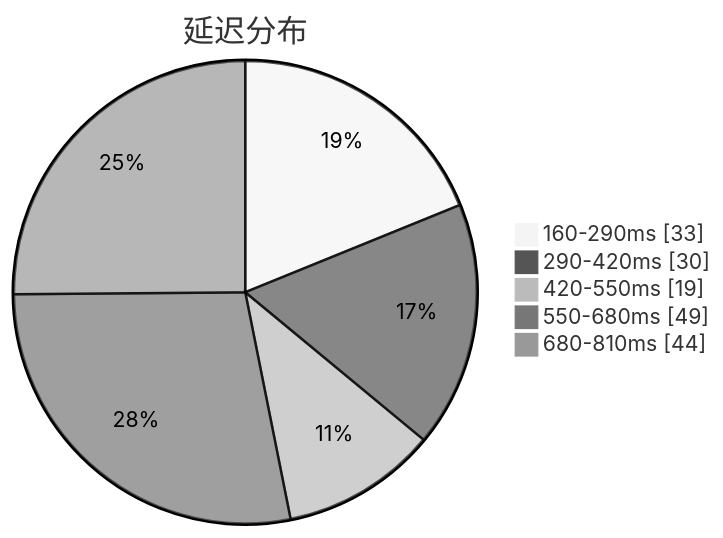
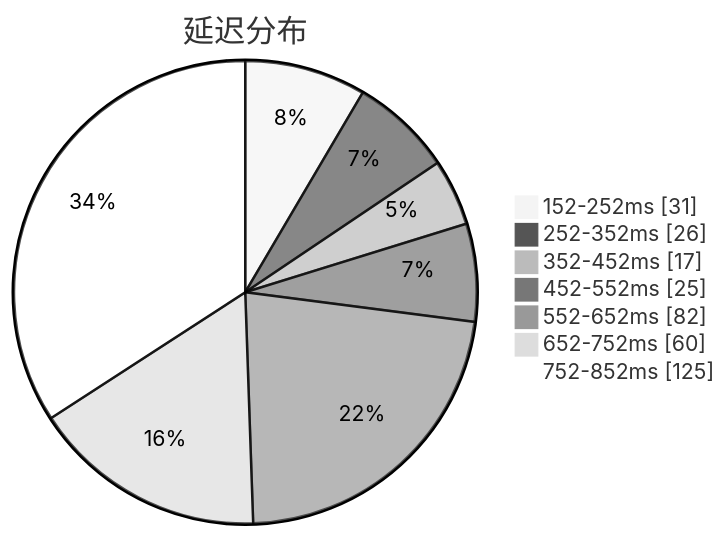
The first of 3 diagrams in subs/statistics/tested_within.md (qjlxg/airport), drawn with Mermaid (neutral theme) before and after one commit. The commit also changed other lines of this file and 2 other files, not shown here.

Commit message:
Tested by metaST

````diff
--- a/subs/statistics/tested_within.md
+++ b/subs/statistics/tested_within.md
@@ -2,9 +2,11 @@
 ```mermaid
 pie showData
 title 延迟分布
-"160-290ms" : 33
-"290-420ms" : 30
-"420-550ms" : 19
-"550-680ms" : 49
-"680-810ms" : 44
+"152-252ms" : 31
+"252-352ms" : 26
+"352-452ms" : 17
+"452-552ms" : 25
+"552-652ms" : 82
+"652-752ms" : 60
+"752-852ms" : 125
 ```
````
